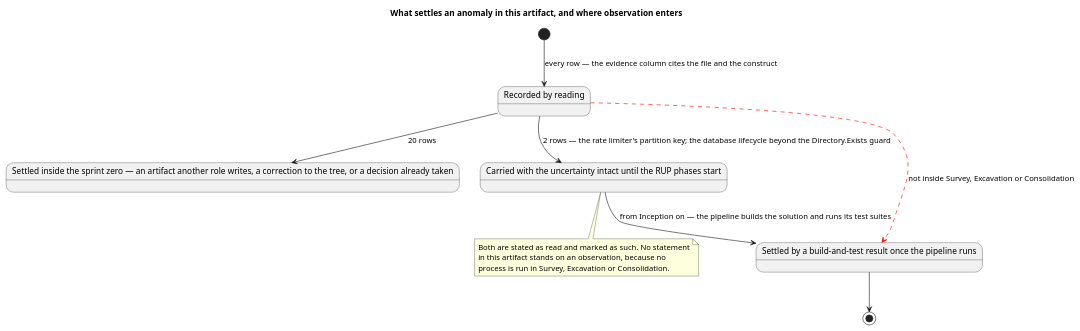
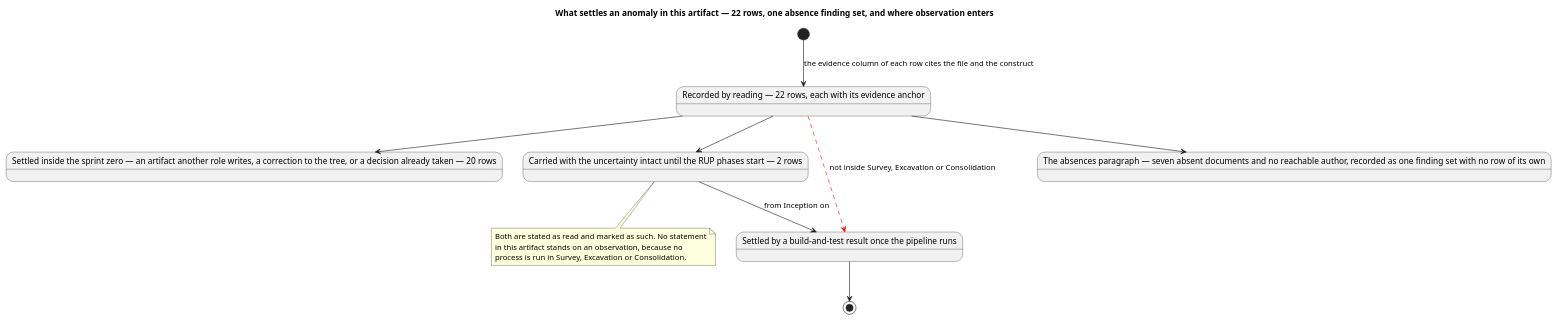
Before and after one commit to banense-test/TodoApp: the fifth of 7 diagrams in docs/artifacts/discovery/system-inventory.md, drawn with PlantUML. The commit also changed other lines of this file, not shown here.

Commit message:
Software Archaeologist [Survey3]: upsert System Inventory
[skip ci]

````diff
--- a/docs/artifacts/discovery/system-inventory.md
+++ b/docs/artifacts/discovery/system-inventory.md
@@ -639,24 +641,26 @@
 ```plantuml
 @startuml
-title What settles an anomaly in this artifact, and where observation enters
+title What settles an anomaly in this artifact — 22 rows, one absence finding set, and where observation enters
 skinparam shadowing false
 
-state "Recorded by reading" as R
-state "Settled inside the sprint zero — an artifact another role writes, a correction to the tree, or a decision already taken" as A
-state "Carried with the uncertainty intact until the RUP phases start" as C
+state "Recorded by reading — 22 rows, each with its evidence anchor" as R
+state "Settled inside the sprint zero — an artifact another role writes, a correction to the tree, or a decision already taken — 20 rows" as A
+state "Carried with the uncertainty intact until the RUP phases start — 2 rows" as C
 state "Settled by a build-and-test result once the pipeline runs" as O
+state "The absences paragraph — seven absent documents and no reachable author, recorded as one finding set with no row of its own" as N
 
-[*] --> R : every row — the evidence column cites the file and the construct
-R --> A : 20 rows
-R --> C : 2 rows — the rate limiter's partition key; the database lifecycle beyond the Directory.Exists guard
-C --> O : from Inception on — the pipeline builds the solution and runs its test suites
+[*] --> R : the evidence column of each row cites the file and the construct
+R --> A
+R --> C
+R --> N
+C --> O : from Inception on
+R -[#red,dashed]-> O : not inside Survey, Excavation or Consolidation
 O --> [*]
-R -[#red,dashed]-> O : not inside Survey, Excavation or Consolidation
 
 note bottom of C
   Both are stated as read and marked as such. No statement
   in this artifact stands on an observation, because no
   process is run in Survey, Excavation or Consolidation.
 end note
 @enduml
 ```
````
